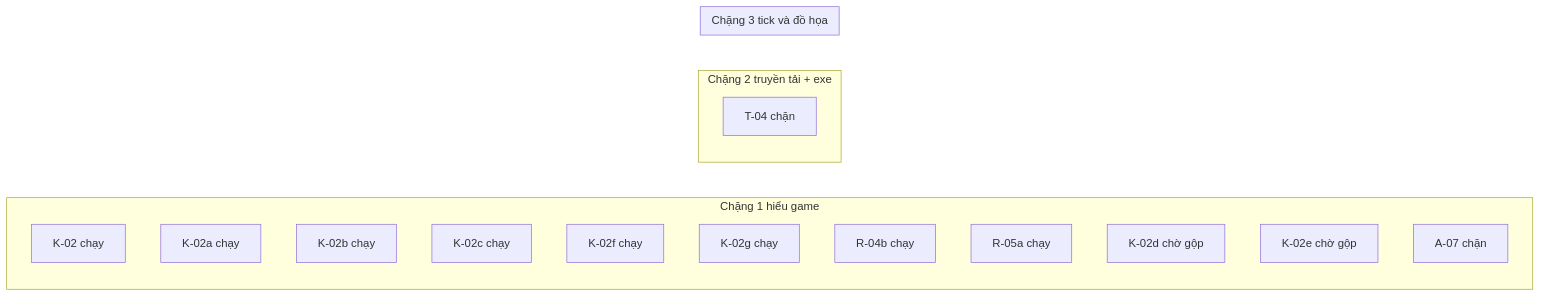
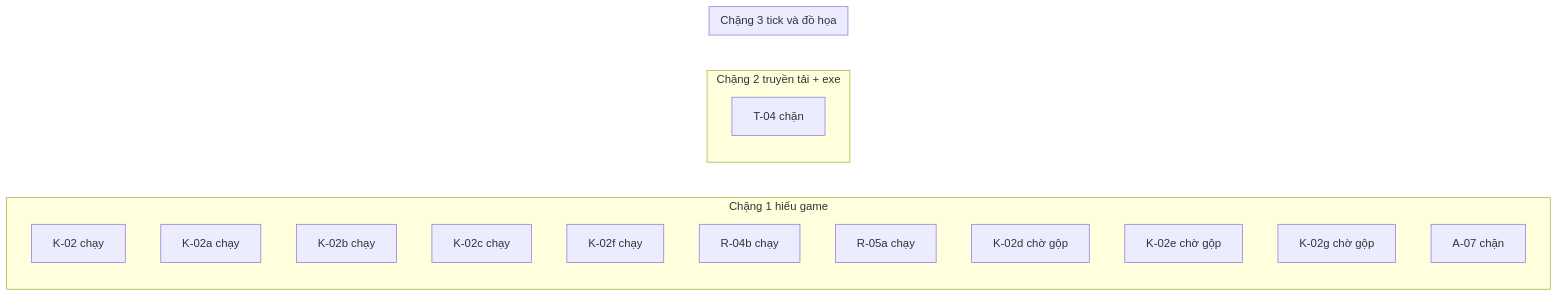
Before and after one commit to ndtangoss-dev/jx1-reports: the diagram in JX1_OPS/STATE/TIEN-DO.md, drawn with Mermaid. The commit also changed other lines of this file and 3 other files, not shown here.

````diff
--- a/JX1_OPS/STATE/TIEN-DO.md
+++ b/JX1_OPS/STATE/TIEN-DO.md
@@ -9,21 +9,21 @@
 ```mermaid
 flowchart LR
   subgraph S1["Chặng 1 hiểu game"]
     K_02["K-02 chạy"]
     K_02a["K-02a chạy"]
     K_02b["K-02b chạy"]
     K_02c["K-02c chạy"]
     K_02f["K-02f chạy"]
-    K_02g["K-02g chạy"]
     R_04b["R-04b chạy"]
     R_05a["R-05a chạy"]
     K_02d["K-02d chờ gộp"]
     K_02e["K-02e chờ gộp"]
+    K_02g["K-02g chờ gộp"]
     A_07["A-07 chặn"]
   end
   subgraph S2["Chặng 2 truyền tải + exe"]
     T_04["T-04 chặn"]
   end
   subgraph S3["Chặng 3 tick và đồ họa"]
   end
 ```
````
